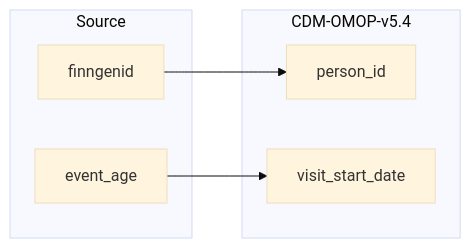
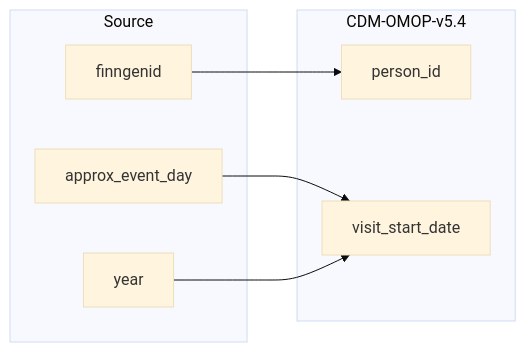
Before and after one commit to FINNGEN/ETL: the diagram in 2_etl_specifications/documentation/kidney_to_visit_occurrence.md, drawn with Mermaid. The commit also changed other lines of this file and 6 other files, not shown here.

````diff
--- a/2_etl_specifications/documentation/kidney_to_visit_occurrence.md
+++ b/2_etl_specifications/documentation/kidney_to_visit_occurrence.md
@@ -10,18 +10,20 @@
 ```mermaid
 %%{init: {'theme': 'base' } }%%
 %%{init: {'theme': 'base' } }%%
 flowchart LR
     subgraph Source
         finngenid
-        event_age
+        approx_event_day
+        year
     end
 
     subgraph CDM-OMOP-v5.4
         person_id
         visit_start_date
     end
 
     finngenid-->person_id
-    event_age-->visit_start_date
+    approx_event_day-->visit_start_date
+    year-->visit_start_date
 
 ```
````
